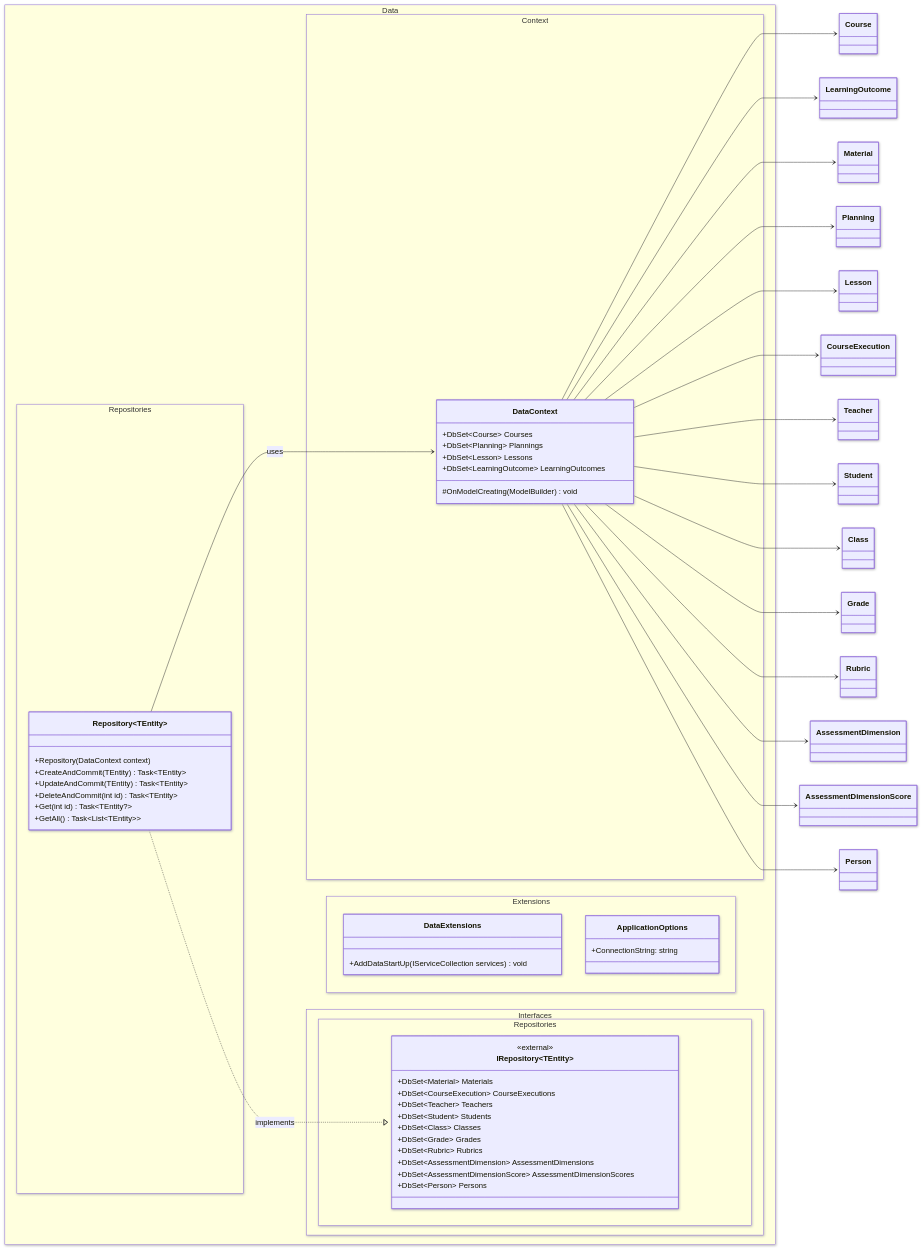
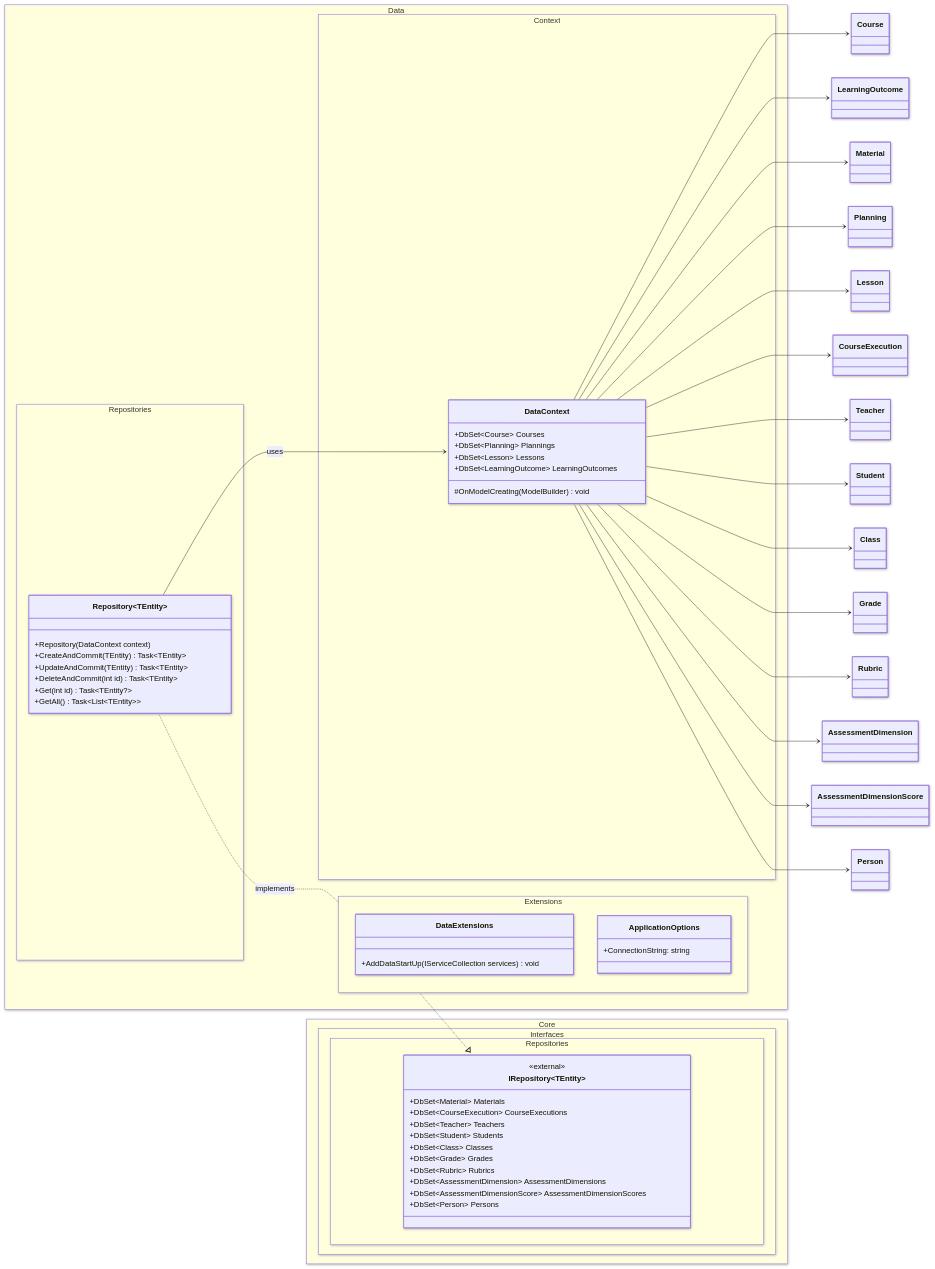
One commit to kelvin0307/oose changed the diagram in Data/Diagrams/Data.mermaid. Above: the diagram before and after it, drawn with Mermaid. The commit also changed 35 other files, not shown here.

```diff
--- a/Data/Diagrams/Data.mermaid
+++ b/Data/Diagrams/Data.mermaid
@@ -1,87 +1,87 @@
 ---
 config:
   look: neo
   theme: default
   layout: dagre
 ---
 classDiagram
 direction LR    
     namespace Data.Repositories {
         class Repository~TEntity~ {
             +Repository(DataContext context)
             +CreateAndCommit(TEntity) Task~TEntity~
             +UpdateAndCommit(TEntity) Task~TEntity~
             +DeleteAndCommit(int id) Task~TEntity~
             +Get(int id) Task~TEntity?~
             +GetAll() Task~List~TEntity~~
         }
     }
 
     namespace Data.Context {
         class DataContext {
             +DbSet~Course~ Courses
             +DbSet~Planning~ Plannings
             +DbSet~Lesson~ Lessons
             +DbSet~LearningOutcome~ LearningOutcomes
             #OnModelCreating(ModelBuilder) void
         }
     }
 
-    namespace Data.Interfaces.Repositories {
+    namespace Core.Interfaces.Repositories {
         class IRepository~TEntity~{
             <<external>>
             +DbSet~Material~ Materials
             +DbSet~CourseExecution~ CourseExecutions
             +DbSet~Teacher~ Teachers
             +DbSet~Student~ Students
             +DbSet~Class~ Classes
             +DbSet~Grade~ Grades
             +DbSet~Rubric~ Rubrics
             +DbSet~AssessmentDimension~ AssessmentDimensions
             +DbSet~AssessmentDimensionScore~ AssessmentDimensionScores
             +DbSet~Person~ Persons
         }
     }
 
     namespace Data.Extensions {
         class DataExtensions {
             +AddDataStartUp(IServiceCollection services) void
         }
 
         class ApplicationOptions {
             +ConnectionString: string
         }
     }
 
     %% Domain models referenced by Data project
     class Course
     class Planning
     class Lesson
     class LearningOutcome
     class Material
     class CourseExecution
     class Teacher
     class Student
     class Class
     class Grade
     class Rubric
     class AssessmentDimension
     class AssessmentDimensionScore
     class Person
 
     Repository~TEntity~ --> DataContext : uses
     Repository~TEntity~ ..|> IRepository : implements
     DataContext --> Course
     DataContext --> LearningOutcome
     DataContext --> Material
     DataContext --> Planning
     DataContext --> Lesson
     DataContext --> CourseExecution
     DataContext --> Teacher
     DataContext --> Student
     DataContext --> Class
     DataContext --> Grade
     DataContext --> Rubric
     DataContext --> AssessmentDimension
     DataContext --> AssessmentDimensionScore
     DataContext --> Person
```
